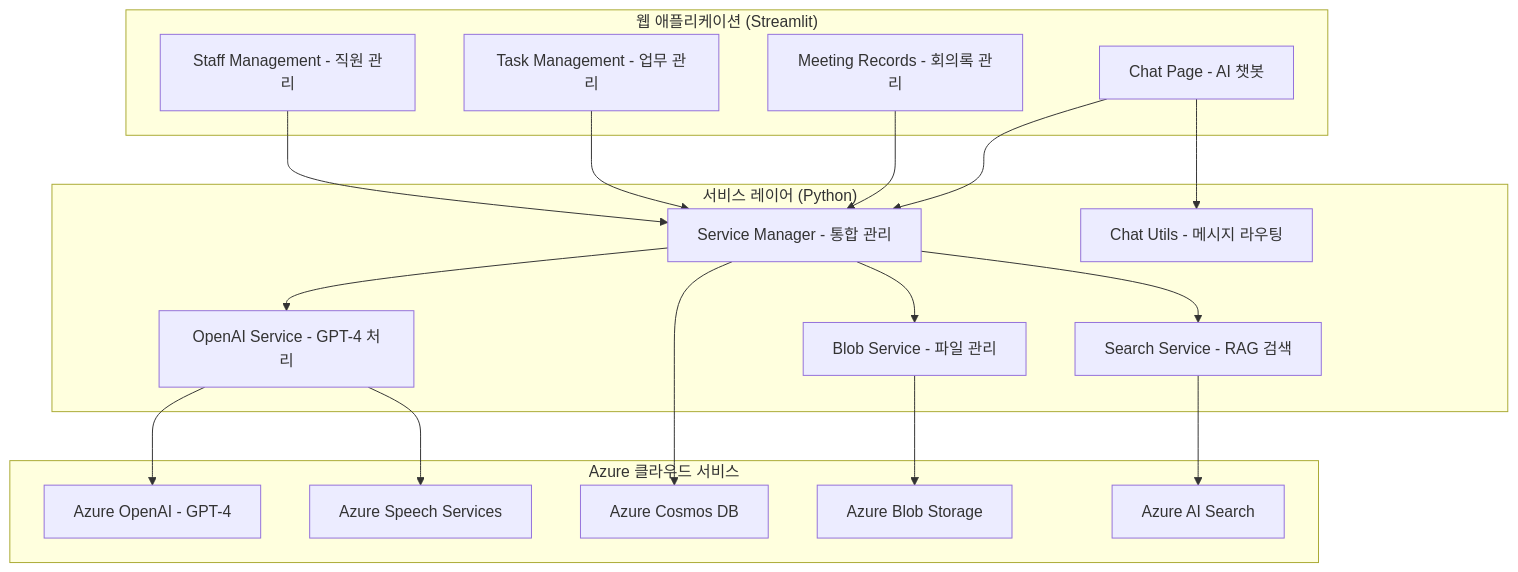
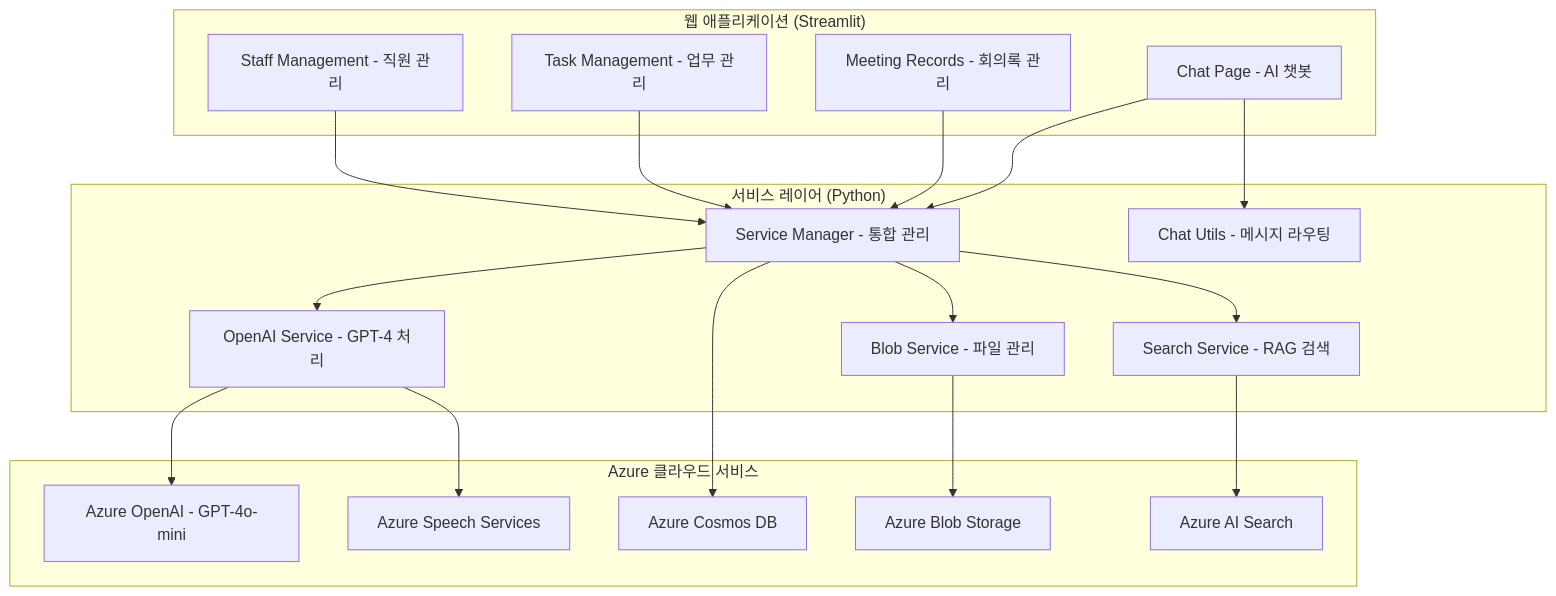
One commit to ksr25160/mvpproject changed the diagram in README.md. Above: the diagram before and after it, drawn with Mermaid. The commit also changed other lines of this file, not shown here.

````diff
--- a/README.md
+++ b/README.md
@@ -31,41 +21,41 @@
 ```mermaid
 graph TB
     subgraph "웹 애플리케이션 (Streamlit)"
         A[Chat Page - AI 챗봇]
         B[Meeting Records - 회의록 관리]  
         C[Task Management - 업무 관리]
         D[Staff Management - 직원 관리]
     end
     
     subgraph "서비스 레이어 (Python)"
         E[Service Manager - 통합 관리]
         F[OpenAI Service - GPT-4 처리]
         G[Blob Service - 파일 관리]
         H[Search Service - RAG 검색]
         I[Chat Utils - 메시지 라우팅]
     end
     
     subgraph "Azure 클라우드 서비스"
-        J[Azure OpenAI - GPT-4]
+        J[Azure OpenAI - GPT-4o-mini]
         K[Azure Speech Services]
         L[Azure Cosmos DB]
         M[Azure Blob Storage]
         N[Azure AI Search]
     end
     
     A --> E
     B --> E  
     C --> E
     D --> E
     
     E --> F
     E --> G
     E --> H
     A --> I
     
     F --> J
     G --> M
     H --> N
     F --> K
     E --> L
 ```
````
